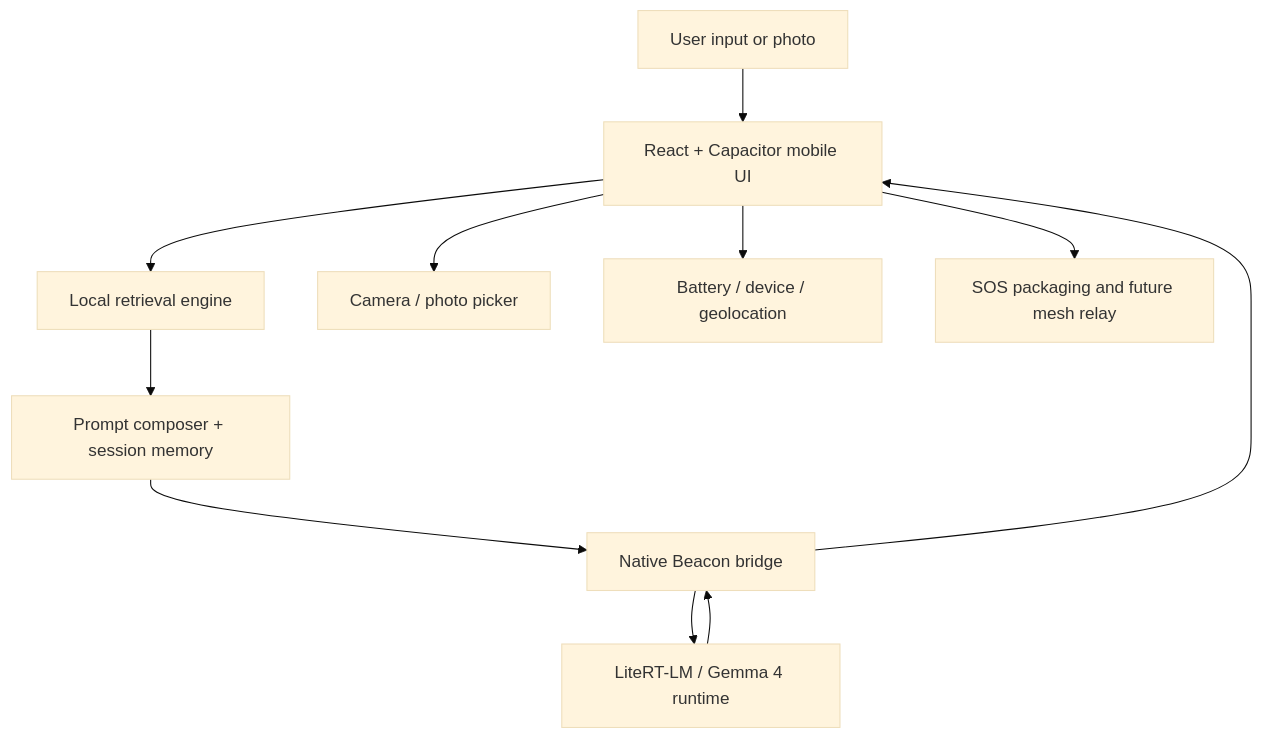
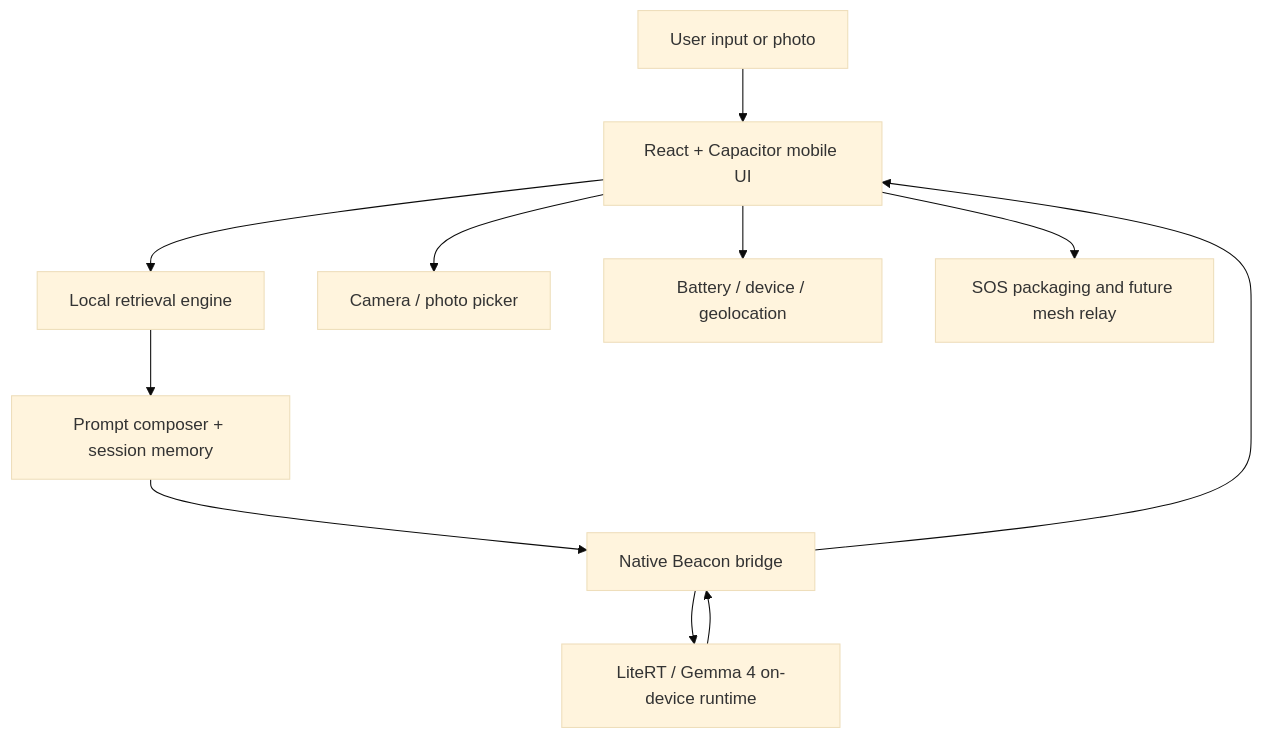
Before and after one commit to wimi321/Beacon: the diagram in README.md, drawn with Mermaid (base theme). The commit also changed other lines of this file and 1 other file, not shown here.

````diff
--- a/README.md
+++ b/README.md
@@ -136,13 +118,13 @@
 ```mermaid
 flowchart TD
     A["User input or photo"] --> B["React + Capacitor mobile UI"]
     B --> C["Local retrieval engine"]
     C --> D["Prompt composer + session memory"]
     D --> E["Native Beacon bridge"]
-    E --> F["LiteRT-LM / Gemma 4 runtime"]
+    E --> F["LiteRT / Gemma 4 on-device runtime"]
     F --> E
     E --> B
     B --> G["Camera / photo picker"]
     B --> H["Battery / device / geolocation"]
     B --> I["SOS packaging and future mesh relay"]
 ```
````
